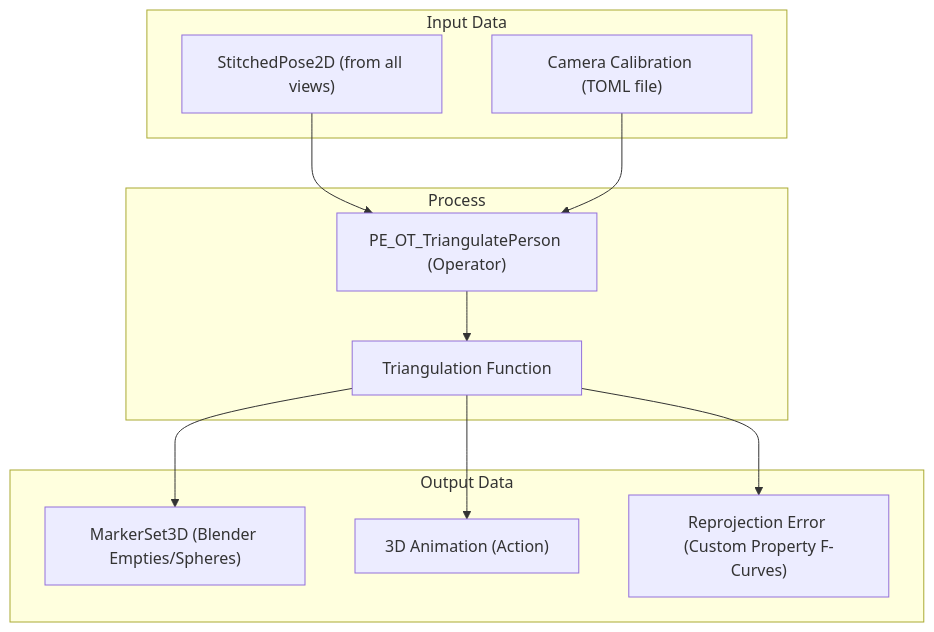
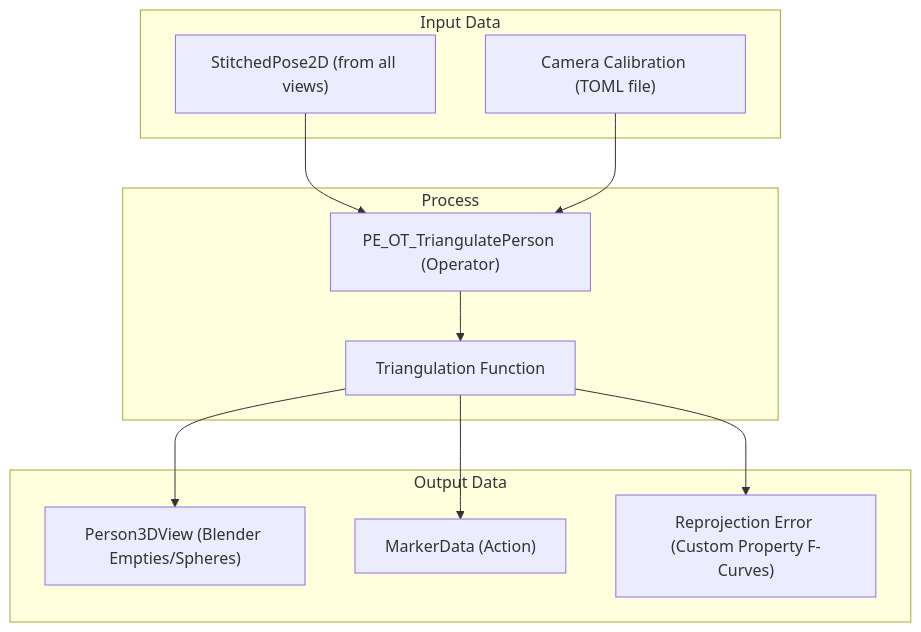
Before and after one commit to hkaimio/PoseEdit: the diagram in doc/triangulation_design.md, drawn with Mermaid. The commit also changed other lines of this file, not shown here.

````diff
--- a/doc/triangulation_design.md
+++ b/doc/triangulation_design.md
@@ -12,25 +12,25 @@
 ```mermaid
 graph TD
     subgraph "Input Data"
         A["StitchedPose2D (from all views)"]
         B["Camera Calibration (TOML file)"]
     end
 
     subgraph "Process"
         C["PE_OT_TriangulatePerson (Operator)"]
         D["Triangulation Function"]
     end
 
     subgraph "Output Data"
-        E["MarkerSet3D (Blender Empties/Spheres)"]
-        F["3D Animation (Action)"]
+        E["Person3DView (Blender Empties/Spheres)"]
+        F["MarkerData (Action)"]
         G["Reprojection Error (Custom Property F-Curves)"]
     end
 
     A --> C
     B --> C
     C --> D
     D --> E
     D --> F
     D --> G
 ```
````
